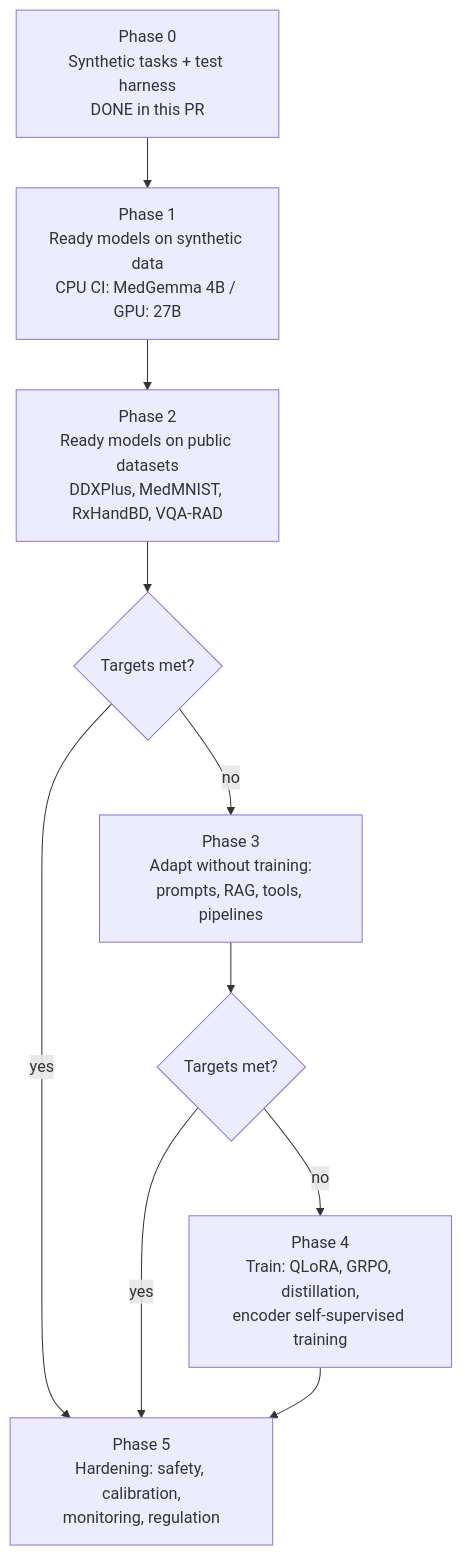
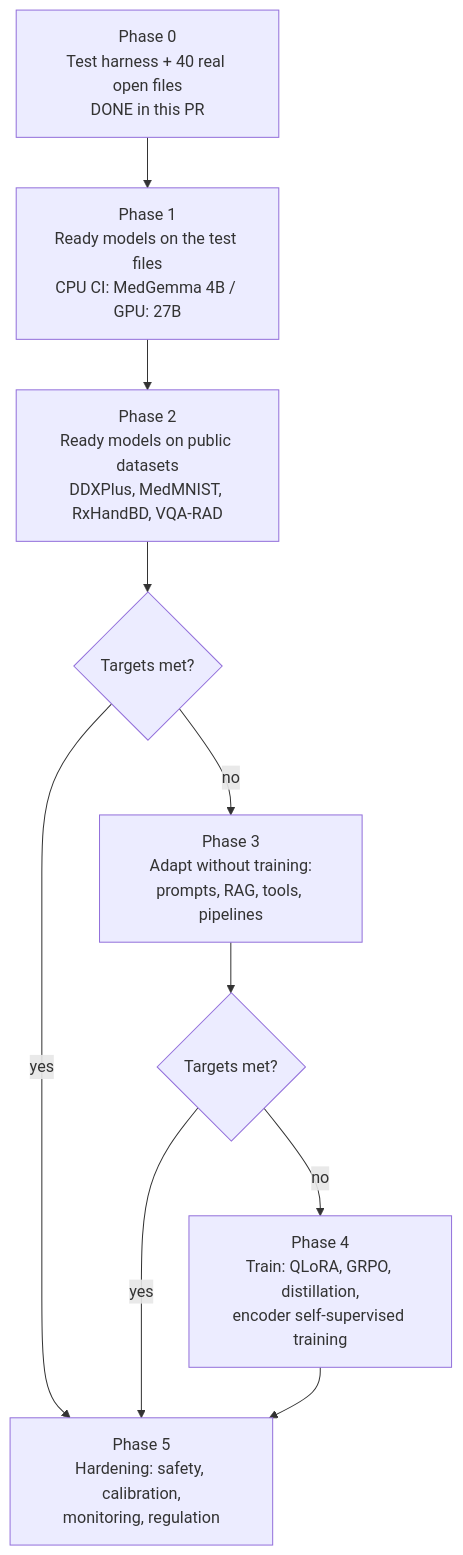
One commit to konard/medical-neural-network-ml changed the diagram in docs/case-studies/issue-1/research-plan.md. Above: the diagram before and after it, drawn with Mermaid. The commit also changed other lines of this file and 14 other files, not shown here.

First line of the commit message:
Describe the real open test files in the issue #1 case study

````diff
--- a/docs/case-studies/issue-1/research-plan.md
+++ b/docs/case-studies/issue-1/research-plan.md
@@ -13,12 +13,12 @@
 ```mermaid
 flowchart TD
-    P0[Phase 0<br/>Synthetic tasks + test harness<br/>DONE in this PR] --> P1[Phase 1<br/>Ready models on synthetic data<br/>CPU CI: MedGemma 4B / GPU: 27B]
+    P0[Phase 0<br/>Test harness + 40 real open files<br/>DONE in this PR] --> P1[Phase 1<br/>Ready models on the test files<br/>CPU CI: MedGemma 4B / GPU: 27B]
     P1 --> P2[Phase 2<br/>Ready models on public datasets<br/>DDXPlus, MedMNIST, RxHandBD, VQA-RAD]
     P2 --> G{Targets met?}
     G -- yes --> P5[Phase 5<br/>Hardening: safety, calibration,<br/>monitoring, regulation]
     G -- no --> P3[Phase 3<br/>Adapt without training:<br/>prompts, RAG, tools, pipelines]
     P3 --> G2{Targets met?}
     G2 -- yes --> P5
     G2 -- no --> P4[Phase 4<br/>Train: QLoRA, GRPO, distillation,<br/>encoder self-supervised training]
     P4 --> P5
 ```
````
